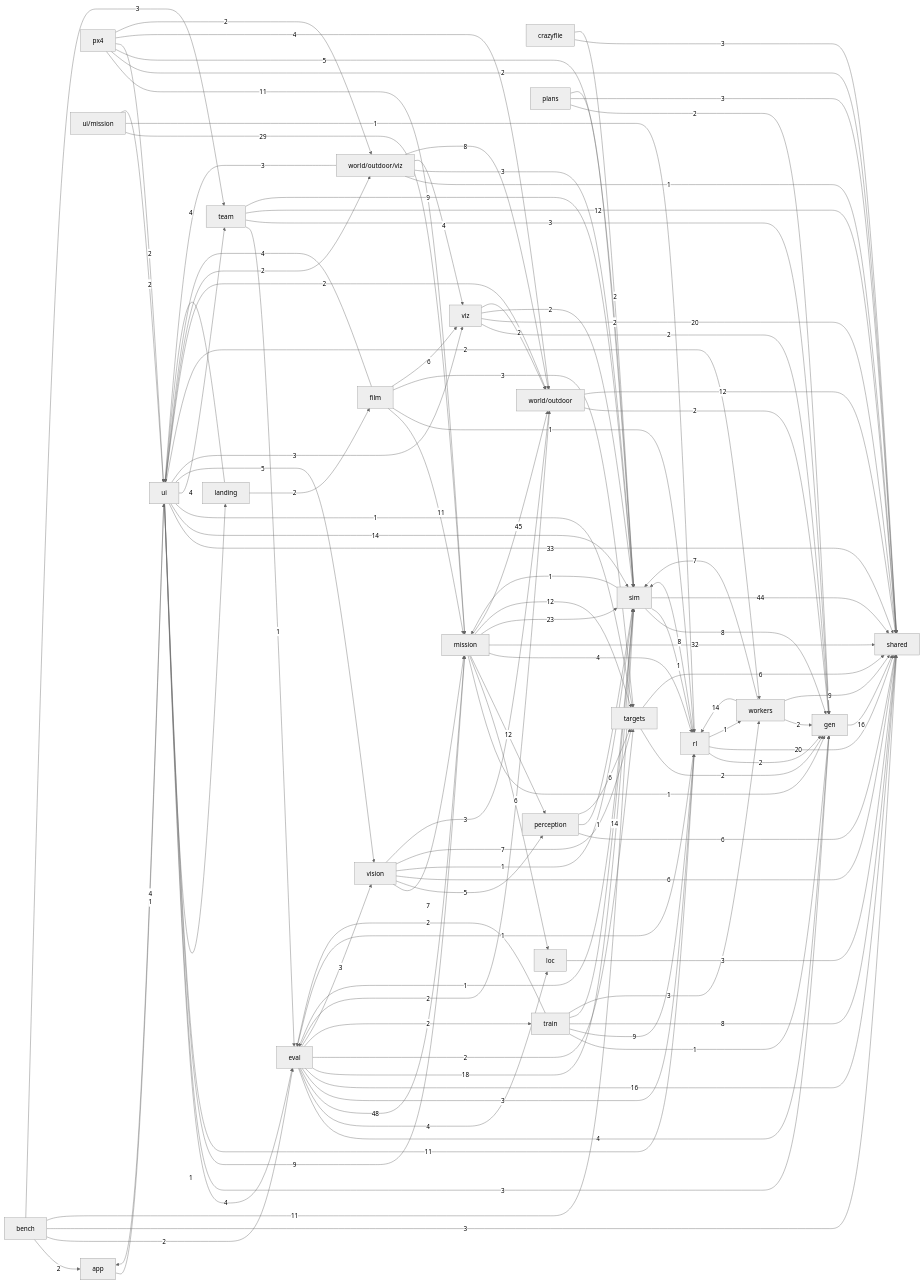
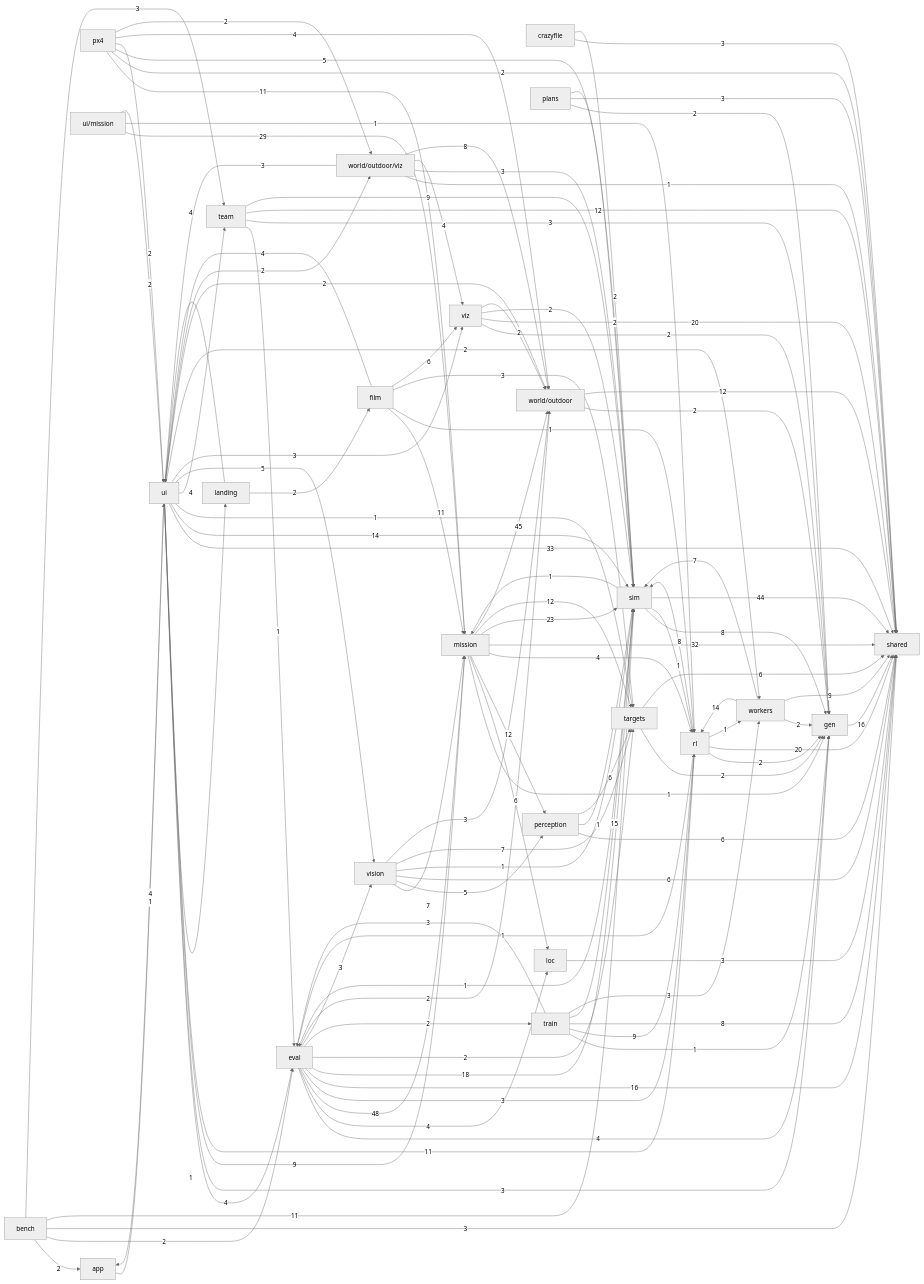
Before and after one commit to alexnieves-cs/frontier-fly: the second of 2 diagrams in docs/ARCHITECTURE.md, drawn with Mermaid (neutral theme). The commit also changed other lines of this file and 3 other files, not shown here.

```diff
--- a/docs/ARCHITECTURE.md
+++ b/docs/ARCHITECTURE.md
@@ -166,11 +166,11 @@
   team -->|3| gen
   team -->|12| shared
   team -->|9| sim
-  train -->|2| eval
+  train -->|3| eval
   train -->|1| gen
   train -->|9| rl
   train -->|8| shared
-  train -->|14| sim
+  train -->|15| sim
   train -->|3| workers
   ui_mission -->|29| mission
   ui_mission -->|1| rl
```
